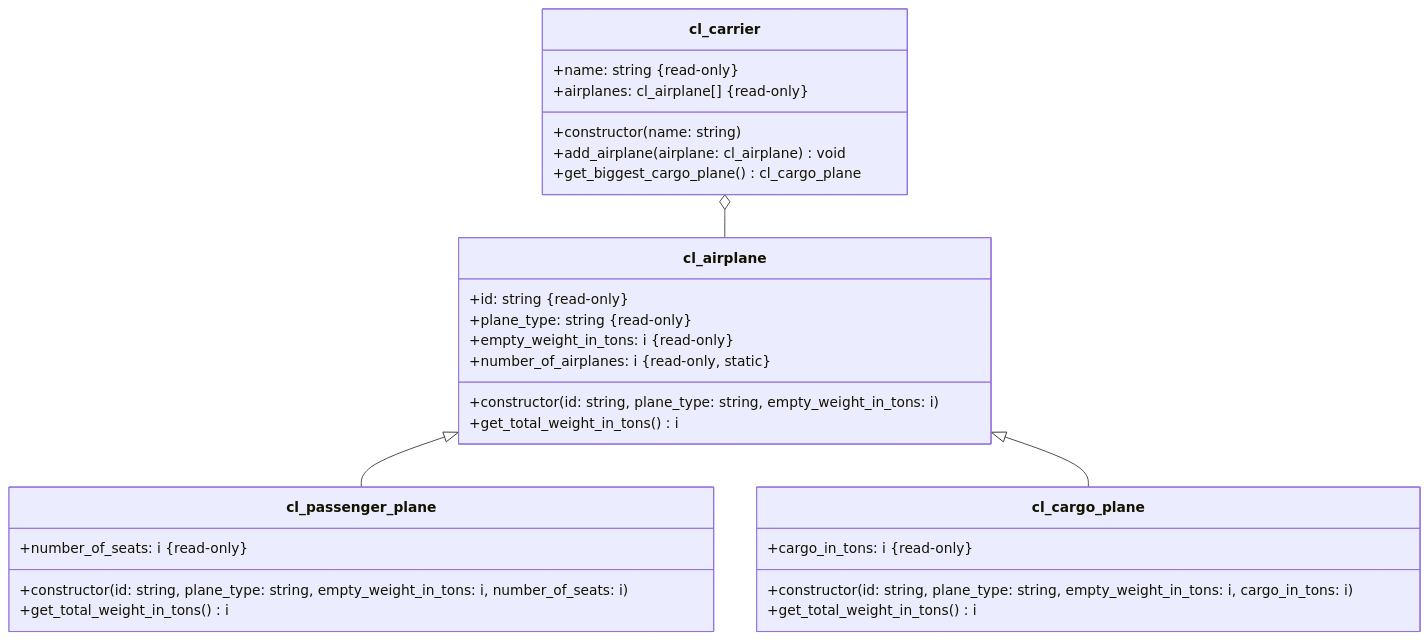
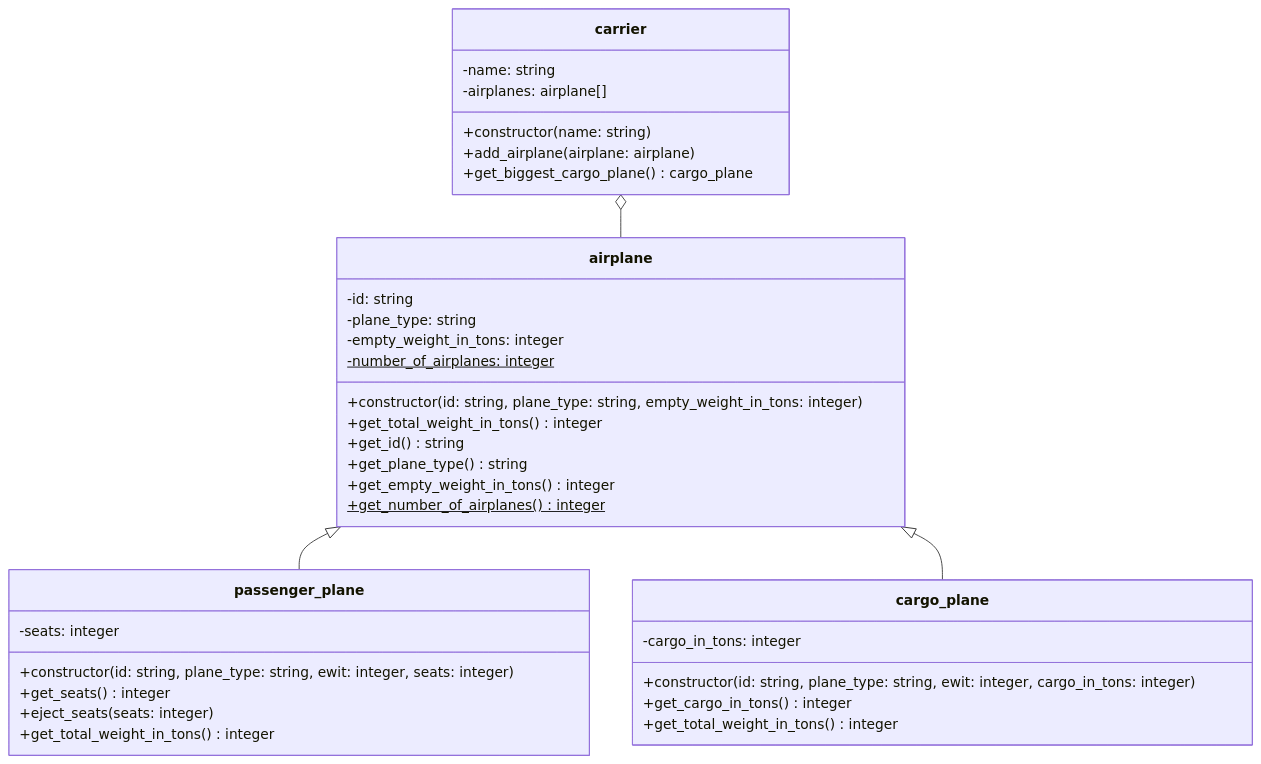
One commit to appenmaier/s4hana changed the diagram in docs/exercises/abap-objects/abap-objects-07.md. Above: the diagram before and after it, drawn with Mermaid. The commit also changed other lines of this file and 7 other files, not shown here.

````diff
--- a/docs/exercises/abap-objects/abap-objects-07.md
+++ b/docs/exercises/abap-objects/abap-objects-07.md
@@ -18,35 +18,42 @@
 ```mermaid
 classDiagram
-   cl_carrier o-- cl_airplane
-   cl_airplane <|-- cl_passenger_plane
-   cl_airplane <|-- cl_cargo_plane
+   carrier o-- airplane
+   airplane <|-- passenger_plane
+   airplane <|-- cargo_plane
 
-   class cl_airplane {
-      +id: string &#123read-only&#125
-      +plane_type: string &#123read-only&#125
-      +empty_weight_in_tons: i &#123read-only&#125
-      +number_of_airplanes: i &#123read-only, static&#125
-      +constructor(id: string, plane_type: string, empty_weight_in_tons: i)
-      +get_total_weight_in_tons() i
+   class airplane {
+      -id: string
+      -plane_type: string
+      -empty_weight_in_tons: integer
+      -number_of_airplanes: integer$
+      +constructor(id: string, plane_type: string, empty_weight_in_tons: integer)
+      +get_total_weight_in_tons() integer
+      +get_id() string
+      +get_plane_type() string
+      +get_empty_weight_in_tons() integer
+      +get_number_of_airplanes() integer$
    }
 
-   class cl_passenger_plane {
-      +number_of_seats: i &#123read-only&#125
-      +constructor(id: string, plane_type: string, empty_weight_in_tons: i, number_of_seats: i)
-      +get_total_weight_in_tons() i
+   class passenger_plane {
+      -seats: integer
+      +constructor(id: string, plane_type: string, ewit: integer, seats: integer)
+      +get_seats() integer
+      +eject_seats(seats: integer)
+      +get_total_weight_in_tons() integer
    }
 
-   class cl_cargo_plane {
-      +cargo_in_tons: i &#123read-only&#125
-      +constructor(id: string, plane_type: string, empty_weight_in_tons: i, cargo_in_tons: i)
-      +get_total_weight_in_tons() i
+   class cargo_plane {
+      -cargo_in_tons: integer
+      +constructor(id: string, plane_type: string, ewit: integer, cargo_in_tons: integer)
+      +get_cargo_in_tons() integer
+      +get_total_weight_in_tons() integer
    }
 
-   class cl_carrier {
-      +name: string &#123read-only&#125
-      +airplanes: cl_airplane[] &#123read-only&#125
+   class carrier {
+      -name: string
+      -airplanes: airplane[]
       +constructor(name: string)
-      +add_airplane(airplane: cl_airplane) void
-      +get_biggest_cargo_plane() cl_cargo_plane
+      +add_airplane(airplane: airplane)
+      +get_biggest_cargo_plane() cargo_plane
    }
 ```
````
